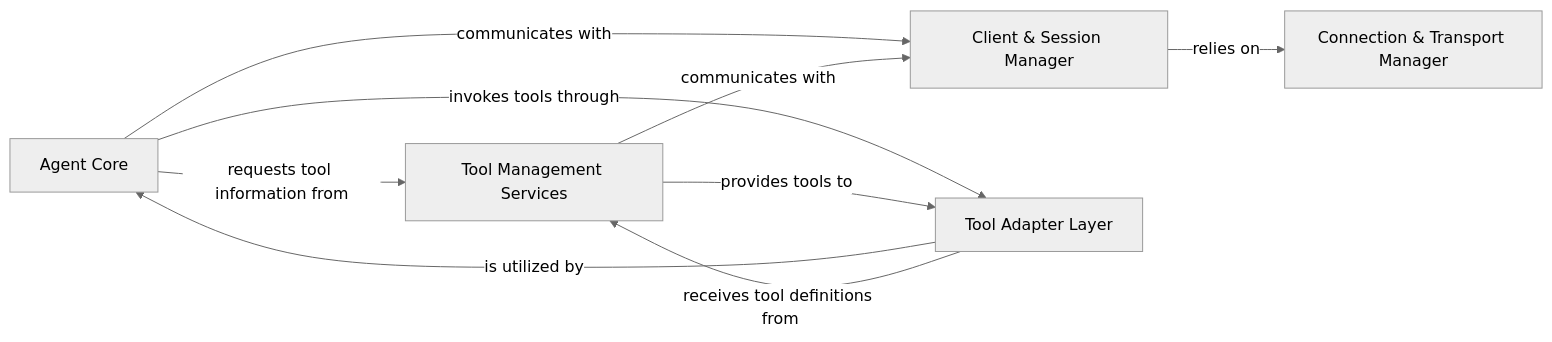
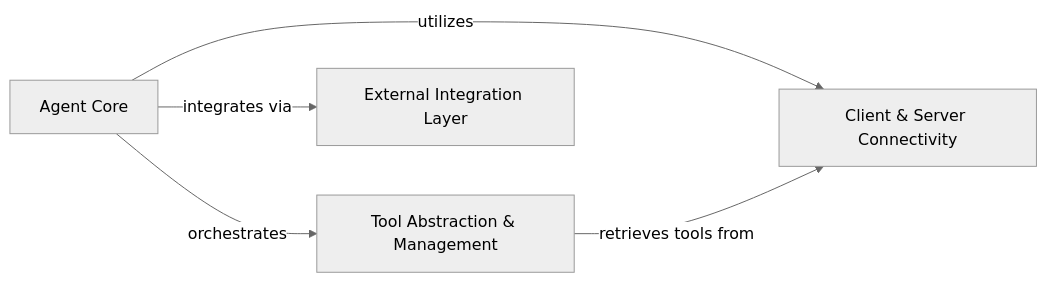
Before and after one commit to mcp-use/mcp-use: the diagram in .codeboarding/on_boarding.mdx, drawn with Mermaid (neutral theme). The commit also changed other lines of this file and 16 other files, not shown here.

First line of the commit message:
docs: update codeboarding documentation and generate architecture

````diff
--- a/.codeboarding/on_boarding.mdx
+++ b/.codeboarding/on_boarding.mdx
@@ -7,21 +7,14 @@
 ```mermaid
 graph LR
     Agent_Core["Agent Core"]
-    Client_Session_Manager["Client & Session Manager"]
-    Tool_Adapter_Layer["Tool Adapter Layer"]
-    Tool_Management_Services["Tool Management Services"]
-    Connection_Transport_Manager["Connection & Transport Manager"]
-    Agent_Core -- "requests tool information from" --> Tool_Management_Services
-    Agent_Core -- "invokes tools through" --> Tool_Adapter_Layer
-    Agent_Core -- "communicates with" --> Client_Session_Manager
-    Client_Session_Manager -- "relies on" --> Connection_Transport_Manager
-    Tool_Management_Services -- "communicates with" --> Client_Session_Manager
-    Tool_Management_Services -- "provides tools to" --> Tool_Adapter_Layer
-    Tool_Adapter_Layer -- "is utilized by" --> Agent_Core
-    Tool_Adapter_Layer -- "receives tool definitions from" --> Tool_Management_Services
+    Client_Server_Connectivity["Client & Server Connectivity"]
+    Tool_Abstraction_Management["Tool Abstraction & Management"]
+    External_Integration_Layer["External Integration Layer"]
+    Agent_Core -- "utilizes" --> Client_Server_Connectivity
+    Agent_Core -- "orchestrates" --> Tool_Abstraction_Management
+    Agent_Core -- "integrates via" --> External_Integration_Layer
+    Tool_Abstraction_Management -- "retrieves tools from" --> Client_Server_Connectivity
     click Agent_Core href "/codeboarding/Agent_Core.md" "Details"
-    click Client_Session_Manager href "/codeboarding/Client_Session_Manager.md" "Details"
-    click Tool_Adapter_Layer href "/codeboarding/Tool_Adapter_Layer.md" "Details"
-    click Tool_Management_Services href "/codeboarding/Tool_Management_Services.md" "Details"
-    click Connection_Transport_Manager href "/codeboarding/Connection_Transport_Manager.md" "Details"
+    click Client_Server_Connectivity href "/codeboarding/Client_Server_Connectivity.md" "Details"
+    click Tool_Abstraction_Management href "/codeboarding/Tool_Abstraction_Management.md" "Details"
 ```
````
